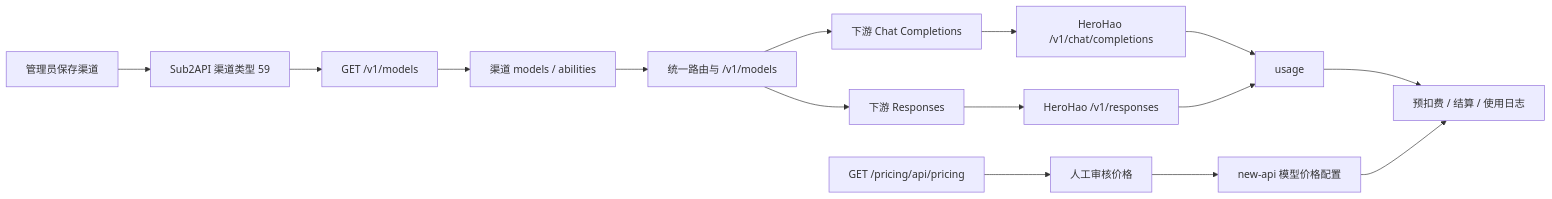
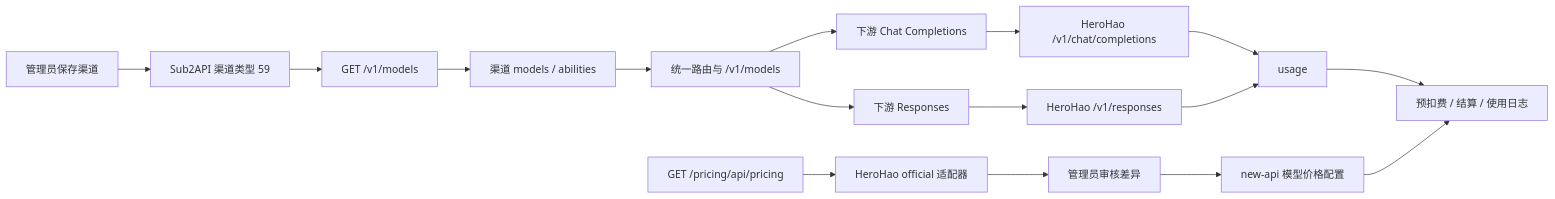
One commit to nemozhu8563/New-API-plus changed the diagram in docs/operations/herohao-sub2api-channel-migration.md. Above: the diagram before and after it, drawn with Mermaid. The commit also changed other lines of this file, not shown here.

First line of the commit message:
Document HeroHao official pricing onboarding SOP

````diff
--- a/docs/operations/herohao-sub2api-channel-migration.md
+++ b/docs/operations/herohao-sub2api-channel-migration.md
@@ -17,17 +19,18 @@
 ```mermaid
 flowchart LR
     A[管理员保存渠道] --> B[Sub2API 渠道类型 59]
     B --> C[GET /v1/models]
     C --> D[渠道 models / abilities]
     D --> E[统一路由与 /v1/models]
     E --> F[下游 Chat Completions]
     E --> G[下游 Responses]
     F --> H[HeroHao /v1/chat/completions]
     G --> I[HeroHao /v1/responses]
     H --> J[usage]
     I --> J
     J --> K[预扣费 / 结算 / 使用日志]
-    P[GET /pricing/api/pricing] --> Q[人工审核价格]
-    Q --> R[new-api 模型价格配置]
-    R --> K
+    P[GET /pricing/api/pricing] --> Q[HeroHao official 适配器]
+    Q --> R[管理员审核差异]
+    R --> S[new-api 模型价格配置]
+    S --> K
 ```
````
